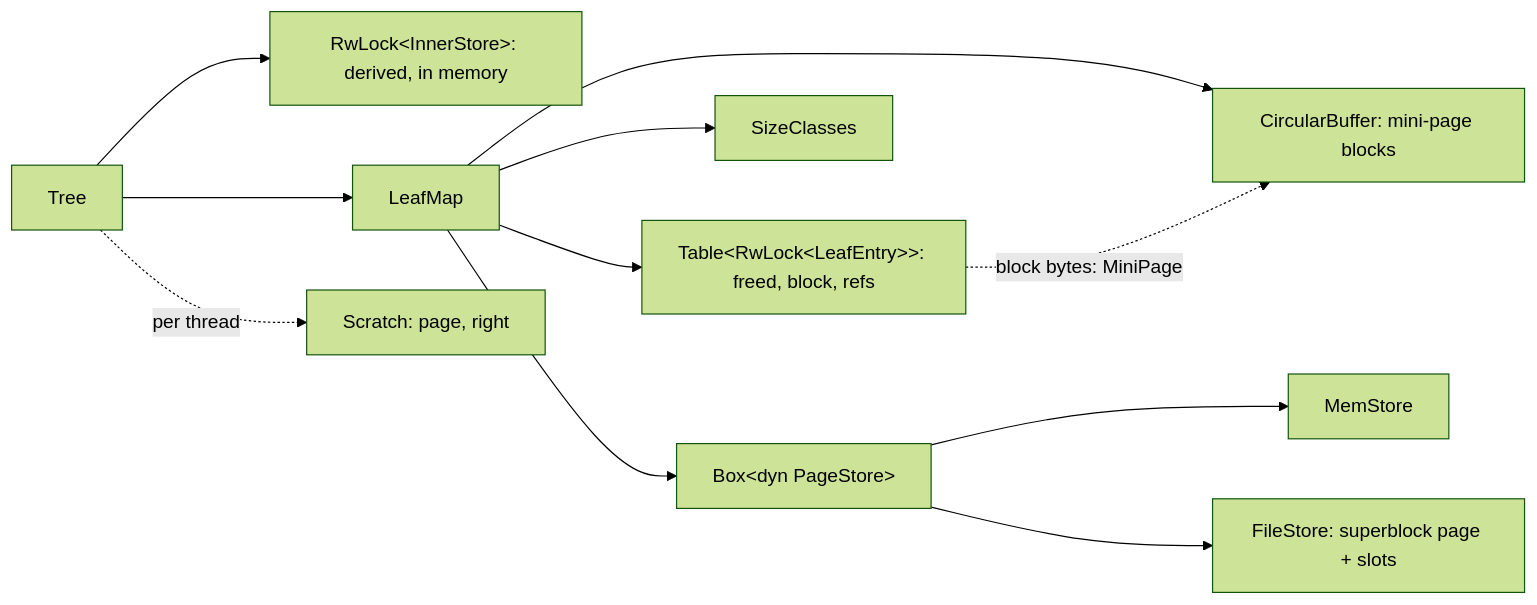
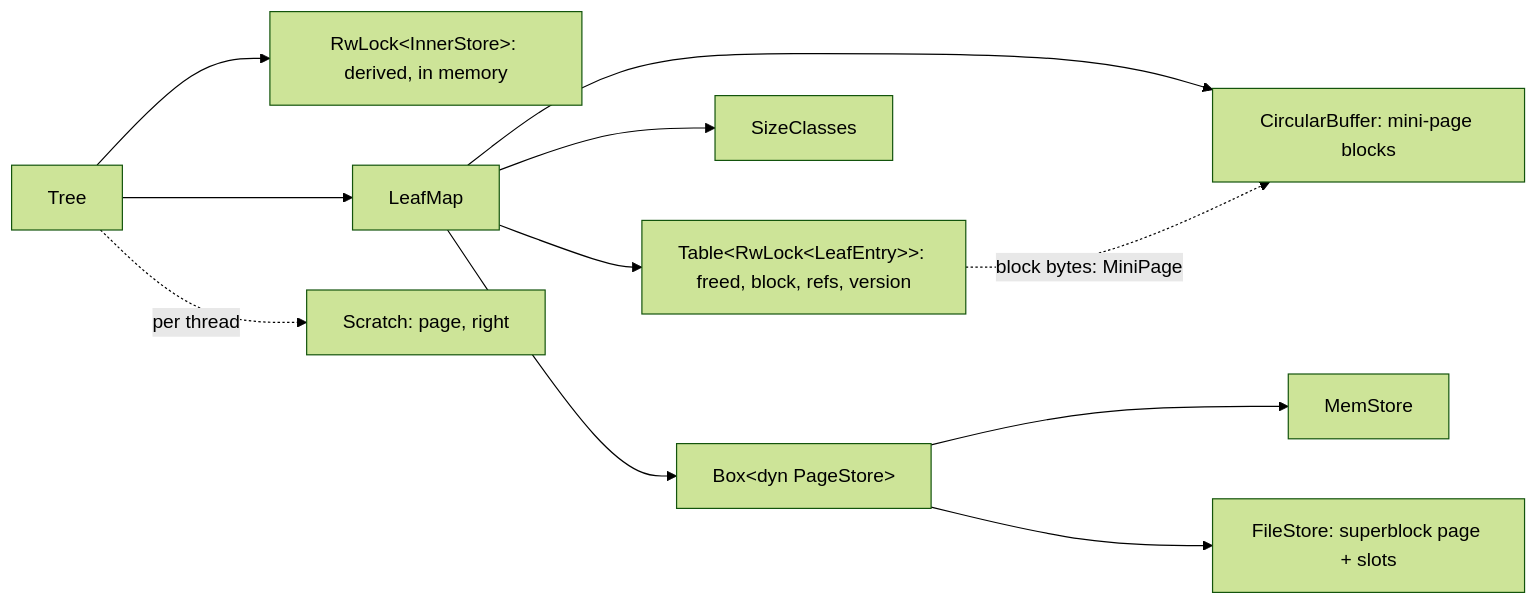
Before and after one commit to raydatray/peppydb: the first of 2 diagrams in docs/design/bf-tree-leaf-store.md, drawn with Mermaid (forest theme). The commit also changed other lines of this file and 8 other files, not shown here.

````diff
--- a/docs/design/bf-tree-leaf-store.md
+++ b/docs/design/bf-tree-leaf-store.md
@@ -16,13 +18,13 @@
 ```mermaid
 flowchart LR
     Tree --> Inner["RwLock&lt;InnerStore&gt;: derived, in memory"]
     Tree --> Map["LeafMap"]
-    Map --> E["Table&lt;RwLock&lt;LeafEntry&gt;&gt;: freed, block, refs"]
+    Map --> E["Table&lt;RwLock&lt;LeafEntry&gt;&gt;: freed, block, refs, version"]
     Map --> CB["CircularBuffer: mini-page blocks"]
     Map --> C["SizeClasses"]
     Map --> PS["Box&lt;dyn PageStore&gt;"]
     E -. "block bytes: MiniPage" .-> CB
     PS --> Mem["MemStore"]
     PS --> File["FileStore: superblock page + slots"]
     Tree -. per thread .-> S["Scratch: page, right"]
 ```
````
